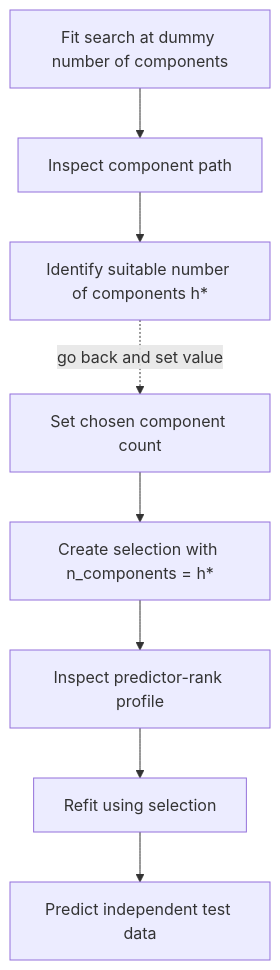
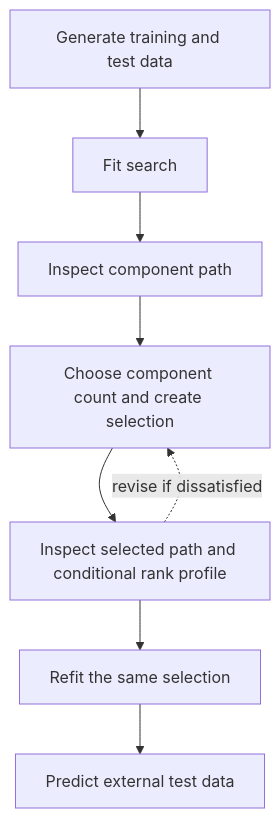
Before and after one commit to stefanlindstroem/pipls_private: the diagram in docs/tutorials/synthetic.md, drawn with Mermaid. The commit also changed other lines of this file and 29 other files, not shown here.

Commit message:
Clarify selection review workflow

````diff
--- a/docs/tutorials/synthetic.md
+++ b/docs/tutorials/synthetic.md
@@ -13,15 +14,13 @@
 ```mermaid
 flowchart TD
-    A[Fit search at dummy number of components]
-    B[Inspect component path]
-    C[Identify suitable number of components h*]
-    D[Set chosen component count]
-    E[Create selection with n_components = h*]
-    F[Inspect predictor-rank profile]
-    G[Refit using selection]
-    H[Predict independent test data]
+    data["Generate training and test data"]
+    search["Fit search"]
+    path["Inspect component path"]
+    select["Choose component count and create selection"]
+    review["Inspect selected path and conditional rank profile"]
+    refit["Refit the same selection"]
+    predict["Predict external test data"]
 
-    A --> B --> C
-    C -. go back and set value .-> D
-    D --> E --> F --> G --> H
+    data --> search --> path --> select --> review --> refit --> predict
+    review -. revise if dissatisfied .-> select
 ```
````
